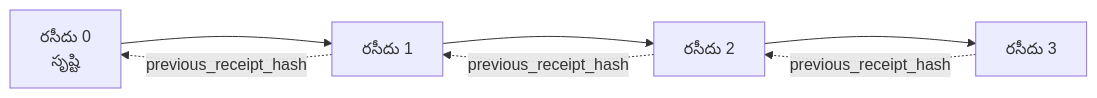
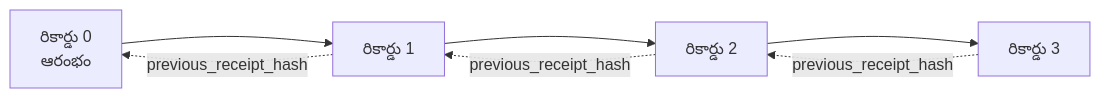
The second of 2 diagrams in mirrors/repos/microsoft@ai-agents-for-beginners/translations/te/18-securing-ai-agents/README.md (gabrielmoreira/agent-skills-mirror), drawn with Mermaid before and after one commit. The commit also changed other lines of this file and 2285 other files, not shown here.

````diff
--- a/mirrors/repos/microsoft@ai-agents-for-beginners/translations/te/18-securing-ai-agents/README.md
+++ b/mirrors/repos/microsoft@ai-agents-for-beginners/translations/te/18-securing-ai-agents/README.md
@@ -206,9 +206,9 @@
 ```mermaid
 flowchart LR
-    R0[రసీదు 0<br/>సృష్టి] --> R1[రసీదు 1]
-    R1 --> R2[రసీదు 2]
-    R2 --> R3[రసీదు 3]
+    R0[రికార్డు 0<br/>ఆరంభం] --> R1[రికార్డు 1]
+    R1 --> R2[రికార్డు 2]
+    R2 --> R3[రికార్డు 3]
     R1 -. previous_receipt_hash .-> R0
     R2 -. previous_receipt_hash .-> R1
     R3 -. previous_receipt_hash .-> R2
 ```
````
